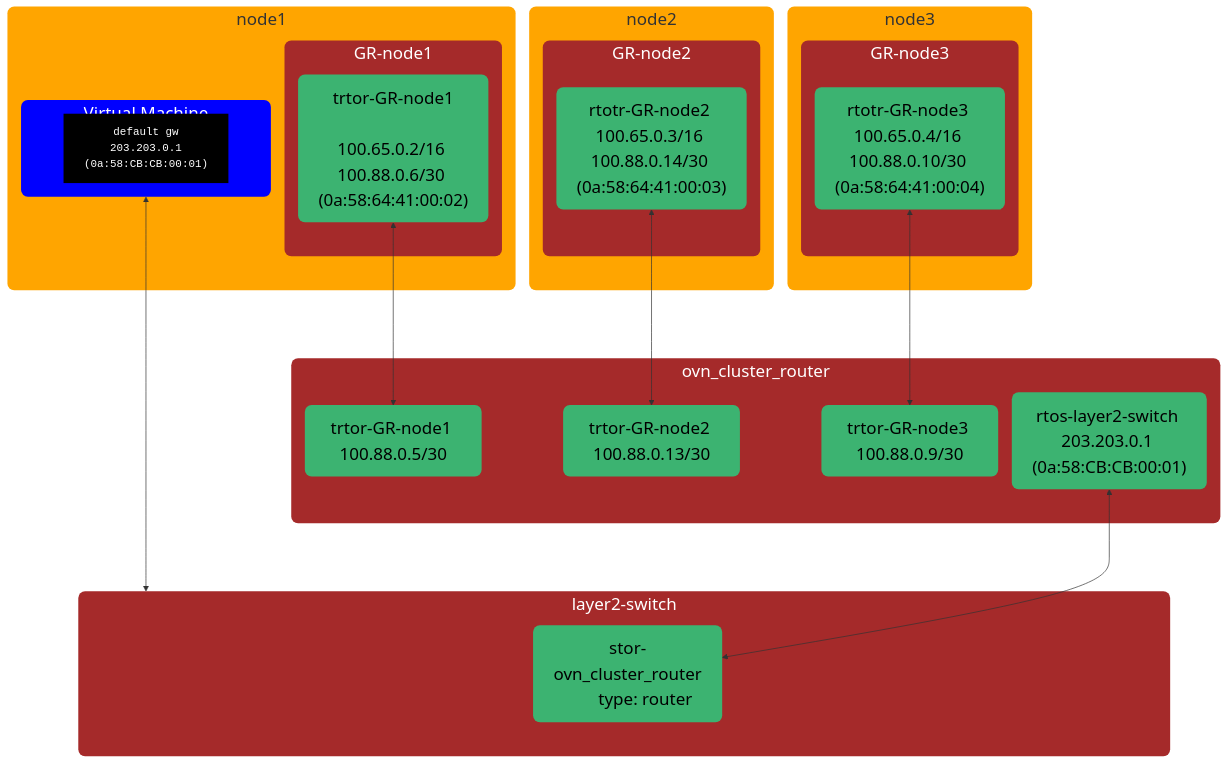
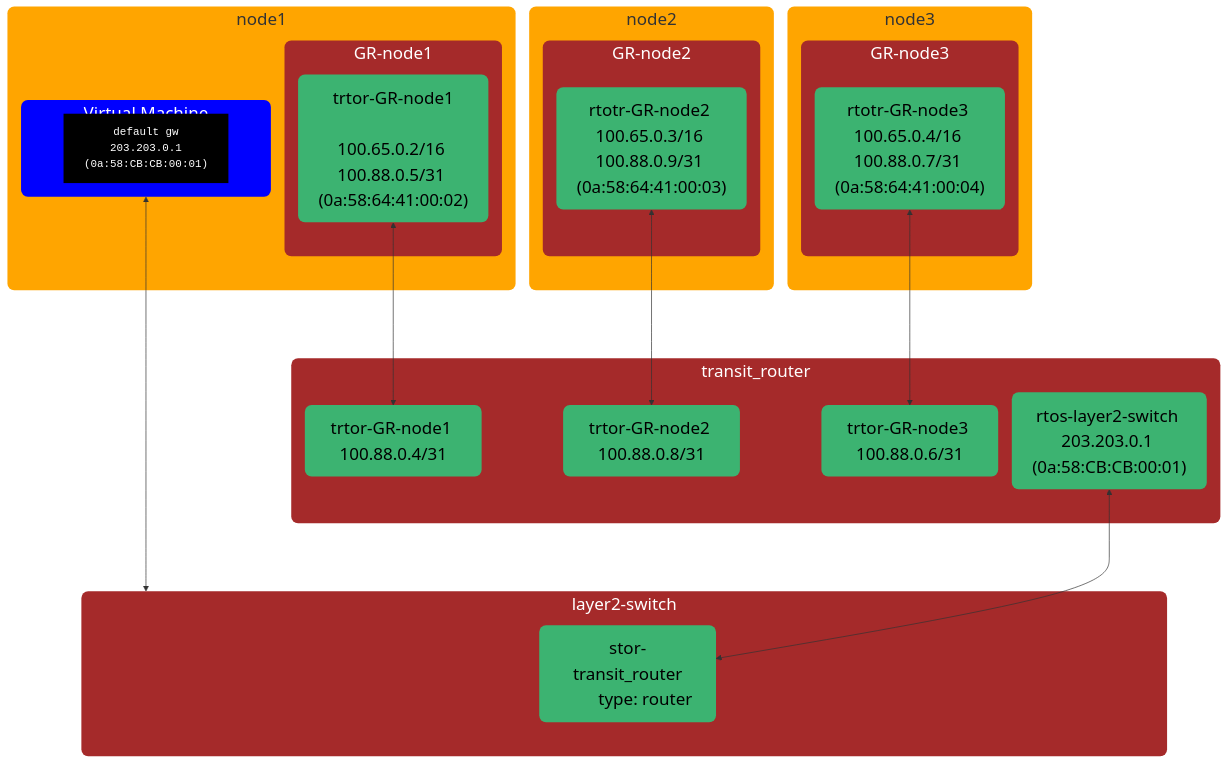
The fifth of 8 diagrams in docs/okeps/okep-5094-layer2-transit-router.md (ovn-kubernetes/ovn-kubernetes), drawn with Mermaid before and after one commit. The commit also changed other lines of this file, not shown here.

First line of the commit message:
Rename ovn_cluster_router to transit_router

````diff
--- a/docs/okeps/okep-5094-layer2-transit-router.md
+++ b/docs/okeps/okep-5094-layer2-transit-router.md
@@ -297,65 +283,65 @@
 ```mermaid
 %%{init: {"nodeSpacing": 20, "rankSpacing": 100}}%%
 flowchart TD
     classDef nodeStyle fill:orange,stroke:none,rx:10px,ry:10px,font-size:25px;
     classDef vmStyle fill:blue,stroke:none,color:white,rx:10px,ry:10px,font-size:25px;
     classDef portStyle fill:#3CB371,color:black,stroke:none,rx:10px,ry:10px,font-size:25px;
     classDef routerStyle fill:brown,color:white,stroke:none,rx:10px,ry:10px,font-size:25px;
     classDef switchStyle fill:brown,color:white,stroke:none,rx:10px,ry:10px,font-size:25px;
     classDef termStyle font-family:monospace,fill:black,stroke:none,color:white;
     subgraph node1["node1"]
         subgraph GR-node1
             rtotr-GR-node1["trtor-GR-node1
-            100.65.0.2/16 100.88.0.6/30 (0a:58:64:41:00:02)"]
+            100.65.0.2/16 100.88.0.5/31 (0a:58:64:41:00:02)"]
         end
         subgraph VM["Virtual Machine"]
             class VM vmStyle;
             term["default gw
             203.203.0.1
             (0a:58:CB:CB:00:01)"]
         end
     end
     subgraph node2
         subgraph GR-node2
-            rtotr-GR-node2["rtotr-GR-node2 100.65.0.3/16 100.88.0.14/30 (0a:58:64:41:00:03)"]
+            rtotr-GR-node2["rtotr-GR-node2 100.65.0.3/16 100.88.0.9/31 (0a:58:64:41:00:03)"]
         end
     end
     subgraph node3
         subgraph GR-node3
-            rtotr-GR-node3["rtotr-GR-node3 100.65.0.4/16 100.88.0.10/30 (0a:58:64:41:00:04)"]
+            rtotr-GR-node3["rtotr-GR-node3 100.65.0.4/16 100.88.0.7/31 (0a:58:64:41:00:04)"]
         end
     end
     subgraph layer2-switch
-        stor-ovn_cluster_router["stor-ovn_cluster_router
+        stor-transit_router["stor-transit_router
         type: router"]
     end
-    subgraph ovn_cluster_router["ovn_cluster_router "]
-        trtor-GR-node1["trtor-GR-node1 100.88.0.5/30"]
-        trtor-GR-node2["trtor-GR-node2 100.88.0.13/30"]
-        trtor-GR-node3["trtor-GR-node3 100.88.0.9/30"]
+    subgraph transit_router["transit_router "]
+        trtor-GR-node1["trtor-GR-node1 100.88.0.4/31"]
+        trtor-GR-node2["trtor-GR-node2 100.88.0.8/31"]
+        trtor-GR-node3["trtor-GR-node3 100.88.0.6/31"]
         rtos-layer2-switch["rtos-layer2-switch 203.203.0.1 (0a:58:CB:CB:00:01)"]
     end
     rtotr-GR-node1 <--> trtor-GR-node1
     rtotr-GR-node2 <--> trtor-GR-node2
     rtotr-GR-node3 <--> trtor-GR-node3
     VM <-->layer2-switch
-    rtos-layer2-switch <--> stor-ovn_cluster_router
+    rtos-layer2-switch <--> stor-transit_router
 
     class VM vmStyle;
     class rtotr-GR-node1 portStyle;
     class rtotr-GR-node2 portStyle;
     class rtotr-GR-node3 portStyle;
     class trtor-GR-node1 portStyle;
     class trtor-GR-node2 portStyle;
     class trtor-GR-node3 portStyle;
-    class stor-ovn_cluster_router portStyle;
+    class stor-transit_router portStyle;
     class rtos-layer2-switch portStyle;
     class GR-node1 routerStyle;
     class GR-node2 routerStyle;
     class GR-node3 routerStyle;
-    class ovn_cluster_router routerStyle;
+    class transit_router routerStyle;
     class layer2-switch switchStyle
     class term termStyle;
     class node1,node2,node3 nodeStyle;
 
 ```
````
